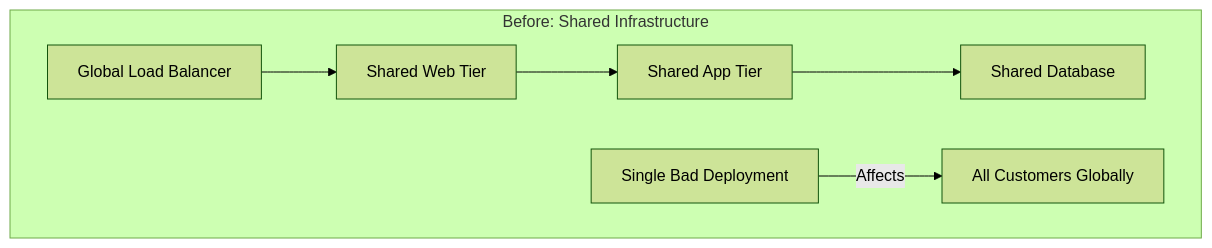
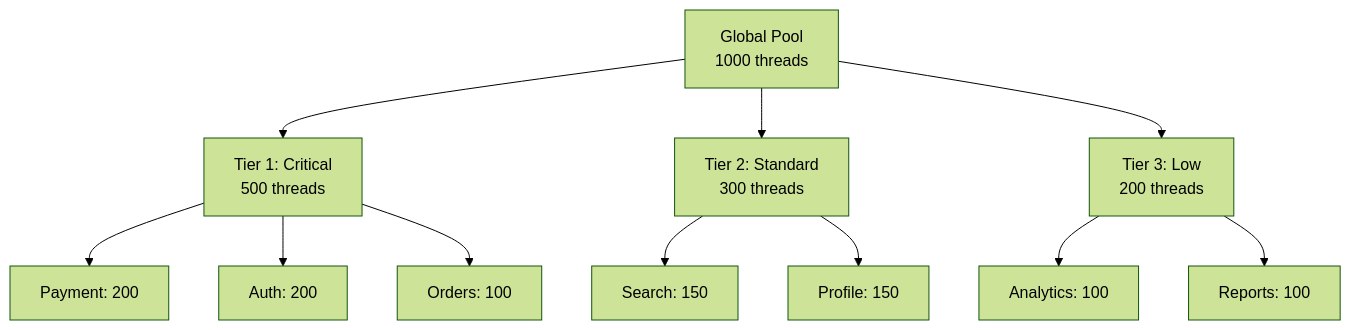
One commit to deepaucksharma/DStudio changed the fifth of 5 diagrams in docs/pattern-library/resilience/bulkhead.md. Above: the diagram before and after it, drawn with Mermaid (forest theme). The commit also changed other lines of this file and 64 other files, not shown here.

````diff
--- a/docs/pattern-library/resilience/bulkhead.md
+++ b/docs/pattern-library/resilience/bulkhead.md
@@ -926,9 +225,16 @@
 ```mermaid
 graph TD
-    subgraph "Before: Shared Infrastructure"
-        A[Global Load Balancer] --> B[Shared Web Tier]
-        B --> C[Shared App Tier]
-        C --> D[Shared Database]
-        E[Single Bad Deployment] -->|Affects| F[All Customers Globally]
-    end
+    A[Global Pool<br/>1000 threads] --> B[Tier 1: Critical<br/>500 threads]
+    A --> C[Tier 2: Standard<br/>300 threads]
+    A --> D[Tier 3: Low<br/>200 threads]
+    
+    B --> E[Payment: 200]
+    B --> F[Auth: 200]
+    B --> G[Orders: 100]
+    
+    C --> H[Search: 150]
+    C --> I[Profile: 150]
+    
+    D --> J[Analytics: 100]
+    D --> K[Reports: 100]
 ```
````
